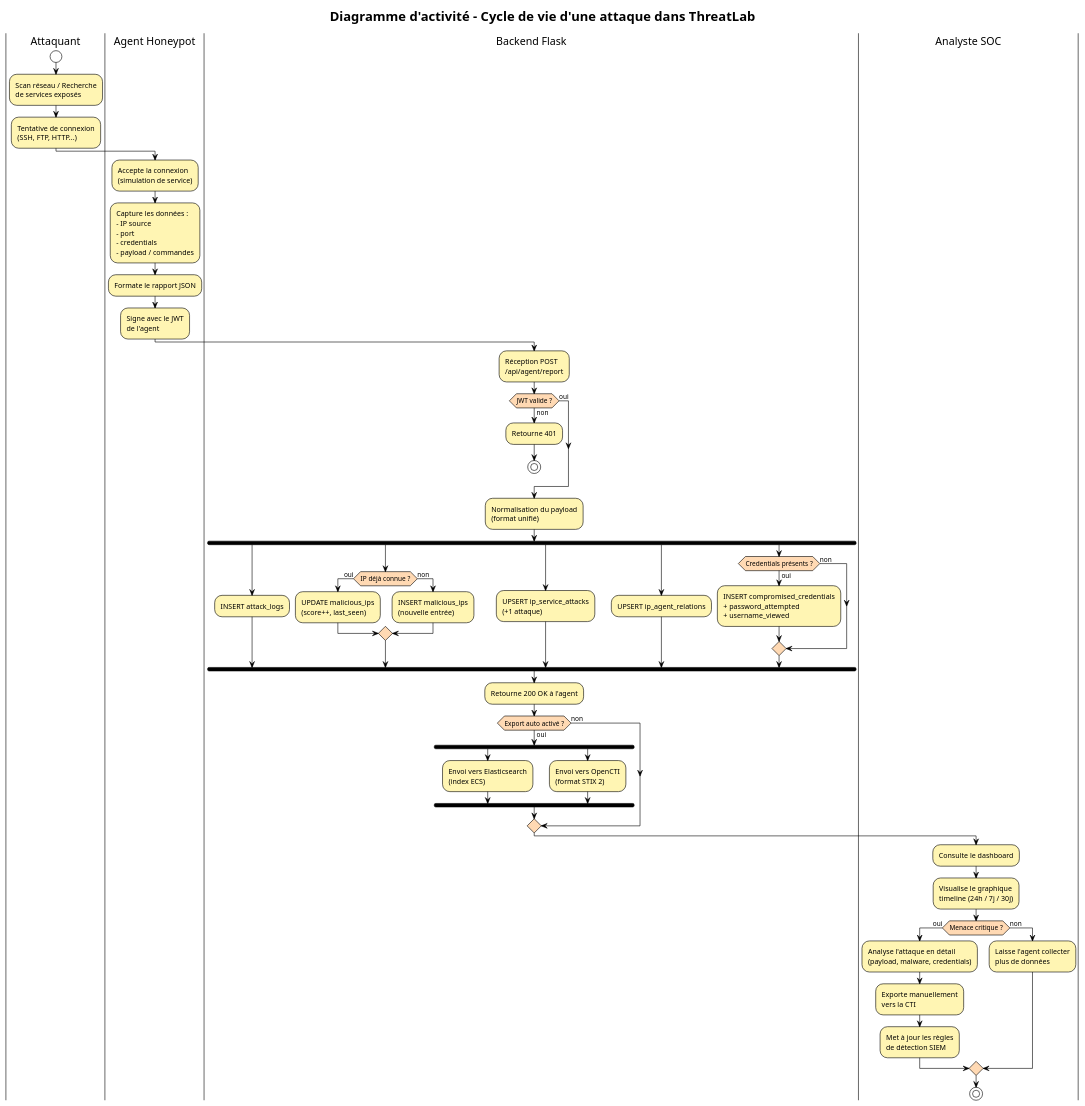
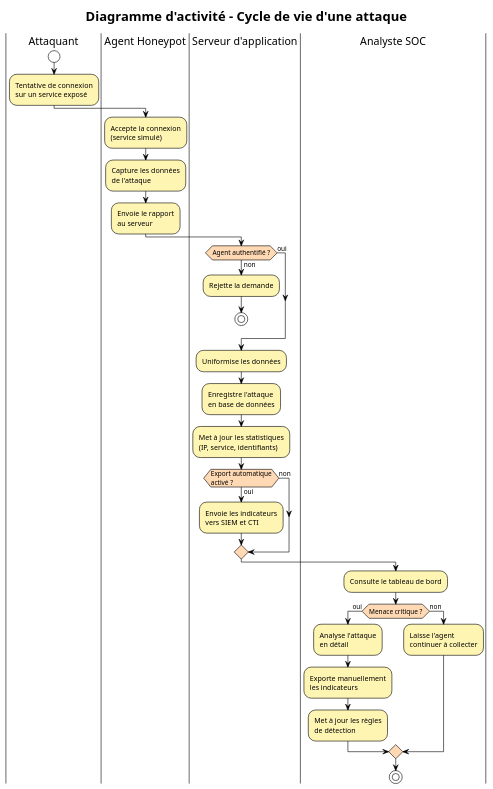
The diagram in docs/bts/09_activite_traitement_attaque.puml (nowzee/Threatlab), drawn with PlantUML before and after one commit. The commit also changed 1 other file, not shown here.

Commit message:
docs(bts): simplify activity diagram
Reduce width by removing parallel forks, make wording non-technical.

```diff
--- a/docs/bts/09_activite_traitement_attaque.puml
+++ b/docs/bts/09_activite_traitement_attaque.puml
@@ -1,81 +1,50 @@
 @startuml Activite_Traitement_Attaque
 !theme plain
-title Diagramme d'activité - Cycle de vie d'une attaque dans ThreatLab
+title Diagramme d'activité - Cycle de vie d'une attaque
 
 skinparam backgroundColor #FFFFFF
 skinparam activity {
   BackgroundColor #FFF5B3
   BorderColor black
   DiamondBackgroundColor #FFD9B3
   DiamondBorderColor black
 }
 
 |Attaquant|
 start
-:Scan réseau / Recherche\nde services exposés;
-:Tentative de connexion\n(SSH, FTP, HTTP...);
+:Tentative de connexion\nsur un service exposé;
 
 |Agent Honeypot|
-:Accepte la connexion\n(simulation de service);
-:Capture les données :
-- IP source
-- port
-- credentials
-- payload / commandes;
-:Formate le rapport JSON;
-:Signe avec le JWT\nde l'agent;
+:Accepte la connexion\n(service simulé);
+:Capture les données\nde l'attaque;
+:Envoie le rapport\nau serveur;
 
-|Backend Flask|
-:Réception POST\n/api/agent/report;
-if (JWT valide ?) then (non)
-  :Retourne 401;
+|Serveur d'application|
+if (Agent authentifié ?) then (non)
+  :Rejette la demande;
   stop
 else (oui)
 endif
 
-:Normalisation du payload\n(format unifié);
+:Uniformise les données;
+:Enregistre l'attaque\nen base de données;
+:Met à jour les statistiques\n(IP, service, identifiants);
 
-fork
-  :INSERT attack_logs;
-fork again
-  if (IP déjà connue ?) then (oui)
-    :UPDATE malicious_ips\n(score++, last_seen);
-  else (non)
-    :INSERT malicious_ips\n(nouvelle entrée);
-  endif
-fork again
-  :UPSERT ip_service_attacks\n(+1 attaque);
-fork again
-  :UPSERT ip_agent_relations;
-fork again
-  if (Credentials présents ?) then (oui)
-    :INSERT compromised_credentials\n+ password_attempted\n+ username_viewed;
-  else (non)
-  endif
-end fork
-
-:Retourne 200 OK à l'agent;
-
-|Backend Flask|
-if (Export auto activé ?) then (oui)
-  fork
-    :Envoi vers Elasticsearch\n(index ECS);
-  fork again
-    :Envoi vers OpenCTI\n(format STIX 2);
-  end fork
+if (Export automatique\nactivé ?) then (oui)
+  :Envoie les indicateurs\nvers SIEM et CTI;
 else (non)
 endif
 
 |Analyste SOC|
-:Consulte le dashboard;
-:Visualise le graphique\ntimeline (24h / 7j / 30j);
+:Consulte le tableau de bord;
+
 if (Menace critique ?) then (oui)
-  :Analyse l'attaque en détail\n(payload, malware, credentials);
-  :Exporte manuellement\nvers la CTI;
-  :Met à jour les règles\nde détection SIEM;
+  :Analyse l'attaque\nen détail;
+  :Exporte manuellement\nles indicateurs;
+  :Met à jour les règles\nde détection;
 else (non)
-  :Laisse l'agent collecter\nplus de données;
+  :Laisse l'agent\ncontinuer à collecter;
 endif
 stop
 
 @enduml
```
